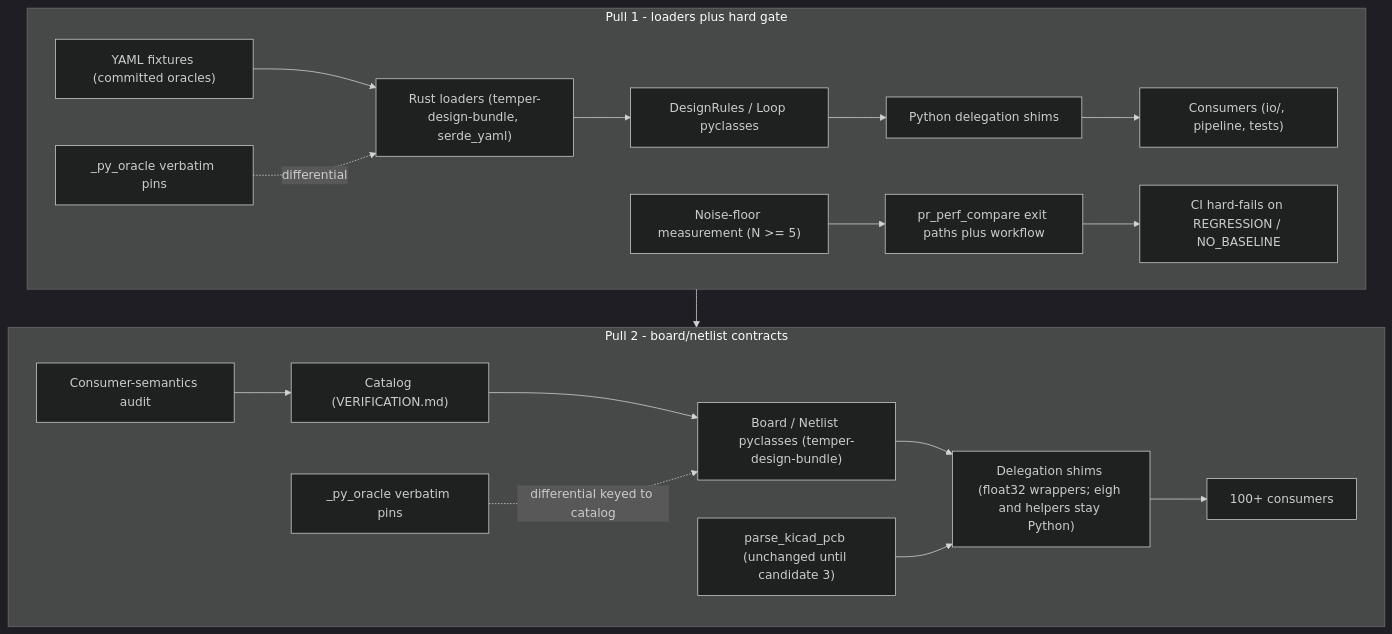
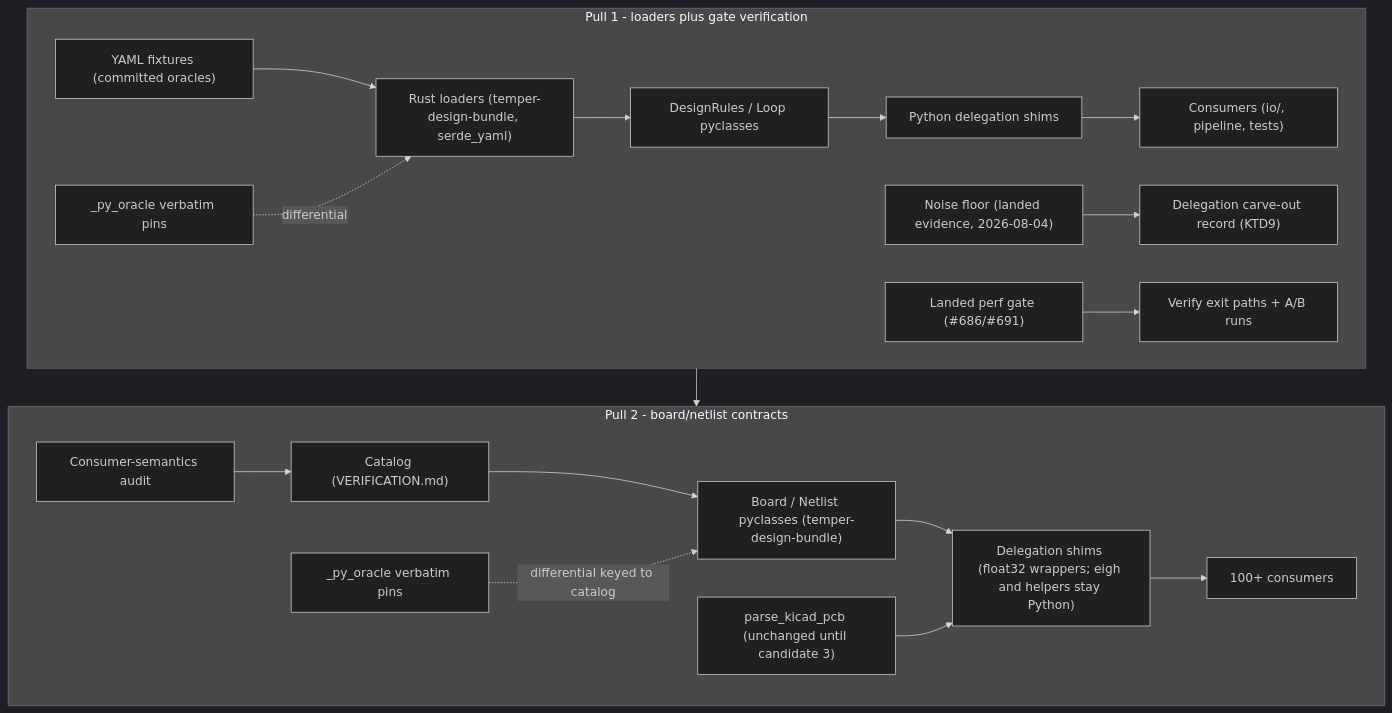
The diagram in docs/plans/2026-08-03-003-feat-wave4-phase3-first-pulls-plan.md (BennetLeff/temper), drawn with Mermaid (dark theme) before and after one commit. The commit also changed other lines of this file, not shown here.

First line of the commit message:
docs(plans): adopt landed perf gate — U1 re-scopes to verification (KTD9)

````diff
--- a/docs/plans/2026-08-03-003-feat-wave4-phase3-first-pulls-plan.md
+++ b/docs/plans/2026-08-03-003-feat-wave4-phase3-first-pulls-plan.md
@@ -162,21 +163,21 @@
 ```mermaid
 flowchart TB
-    subgraph P1["Pull 1 - loaders plus hard gate"]
+    subgraph P1["Pull 1 - loaders plus gate verification"]
         FIX["YAML fixtures (committed oracles)"] --> LDR["Rust loaders (temper-design-bundle, serde_yaml)"]
         LDR --> CON1["DesignRules / Loop pyclasses"]
         CON1 --> SH1["Python delegation shims"]
         SH1 --> C1["Consumers (io/, pipeline, tests)"]
         OR1["_py_oracle verbatim pins"] -. differential .-> LDR
-        NF["Noise-floor measurement (N >= 5)"] --> GATE["pr_perf_compare exit paths plus workflow"]
-        GATE --> CI["CI hard-fails on REGRESSION / NO_BASELINE"]
+        NF["Noise floor (landed evidence, 2026-08-04)"] --> CARVE["Delegation carve-out record (KTD9)"]
+        GATE["Landed perf gate (#686/#691)"] --> VER["Verify exit paths + A/B runs"]
     end
     subgraph P2["Pull 2 - board/netlist contracts"]
         AUDIT["Consumer-semantics audit"] --> CAT["Catalog (VERIFICATION.md)"]
         CAT --> PC["Board / Netlist pyclasses (temper-design-bundle)"]
         PC --> SH2["Delegation shims (float32 wrappers; eigh and helpers stay Python)"]
         SH2 --> C2["100+ consumers"]
         OR2["_py_oracle verbatim pins"] -. differential keyed to catalog .-> PC
         PARSER["parse_kicad_pcb (unchanged until candidate 3)"] --> SH2
     end
     P1 --> P2
 ```
````
